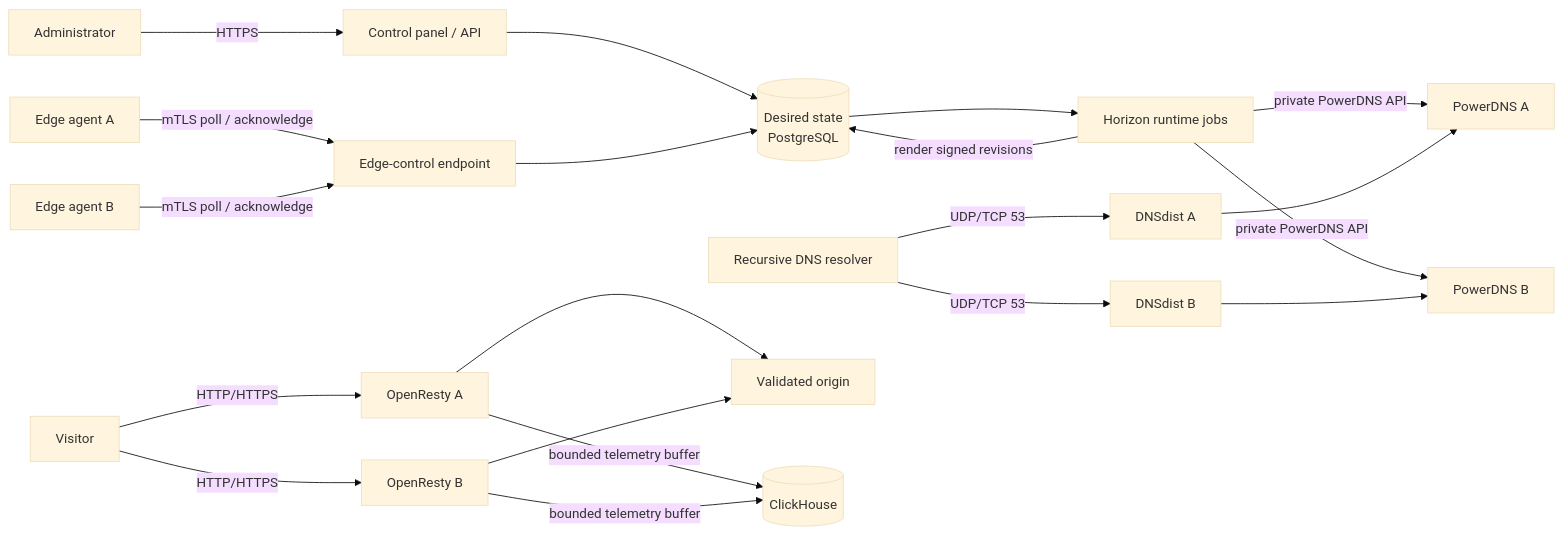
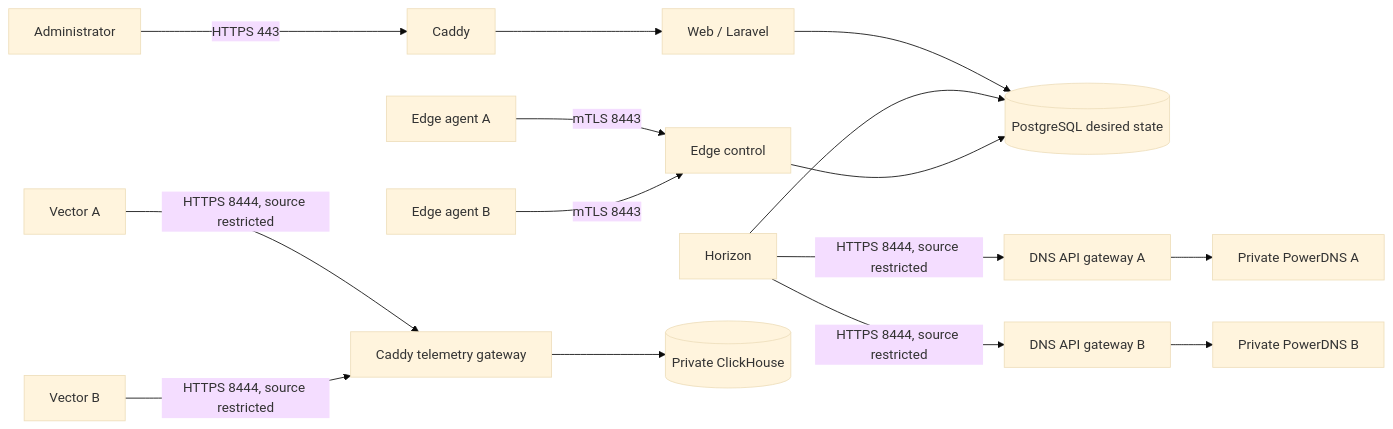
Before and after one commit to vaheed/CDNFoundry: the first of 3 diagrams in docs/production-quick-start.md, drawn with Mermaid (base theme). The commit also changed other lines of this file and 21 other files, not shown here.

First line of the commit message:
feat: Enhance production certificate generation script to support multiple DNS API hostnames

````diff
--- a/docs/production-quick-start.md
+++ b/docs/production-quick-start.md
@@ -35,22 +65,17 @@
 ```mermaid
 flowchart LR
-    Admin[Administrator] -->|HTTPS| Web[Control panel / API]
-    Web --> PG[(Desired state\nPostgreSQL)]
-    PG --> Horizon[Horizon runtime jobs]
-    Horizon -->|private PowerDNS API| PDNSA[PowerDNS A]
-    Horizon -->|private PowerDNS API| PDNSB[PowerDNS B]
-    Horizon -->|render signed revisions| PG
-    AgentA[Edge agent A] -->|mTLS poll / acknowledge| EdgeAPI[Edge-control endpoint]
-    AgentB[Edge agent B] -->|mTLS poll / acknowledge| EdgeAPI
-    EdgeAPI --> PG
-    Resolver[Recursive DNS resolver] -->|UDP/TCP 53| DNSA[DNSdist A]
-    Resolver -->|UDP/TCP 53| DNSB[DNSdist B]
-    DNSA --> PDNSA
-    DNSB --> PDNSB
-    Browser[Visitor] -->|HTTP/HTTPS| EdgeA[OpenResty A]
-    Browser -->|HTTP/HTTPS| EdgeB[OpenResty B]
-    EdgeA --> Origin[Validated origin]
-    EdgeB --> Origin
-    EdgeA -->|bounded telemetry buffer| CHA[(ClickHouse)]
-    EdgeB -->|bounded telemetry buffer| CHA
+    Admin[Administrator] -->|HTTPS 443| Caddy[Caddy]
+    Caddy --> Web[Web / Laravel]
+    Web --> PG[(PostgreSQL desired state)]
+    Horizon[Horizon] --> PG
+    AgentA[Edge agent A] -->|mTLS 8443| EdgeControl[Edge control]
+    AgentB[Edge agent B] -->|mTLS 8443| EdgeControl
+    EdgeControl --> PG
+    Horizon -->|HTTPS 8444, source restricted| ApiA[DNS API gateway A]
+    Horizon -->|HTTPS 8444, source restricted| ApiB[DNS API gateway B]
+    ApiA --> PdnsA[Private PowerDNS A]
+    ApiB --> PdnsB[Private PowerDNS B]
+    VectorA[Vector A] -->|HTTPS 8444, source restricted| Telemetry[Caddy telemetry gateway]
+    VectorB[Vector B] -->|HTTPS 8444, source restricted| Telemetry
+    Telemetry --> CH[(Private ClickHouse)]
 ```
````
